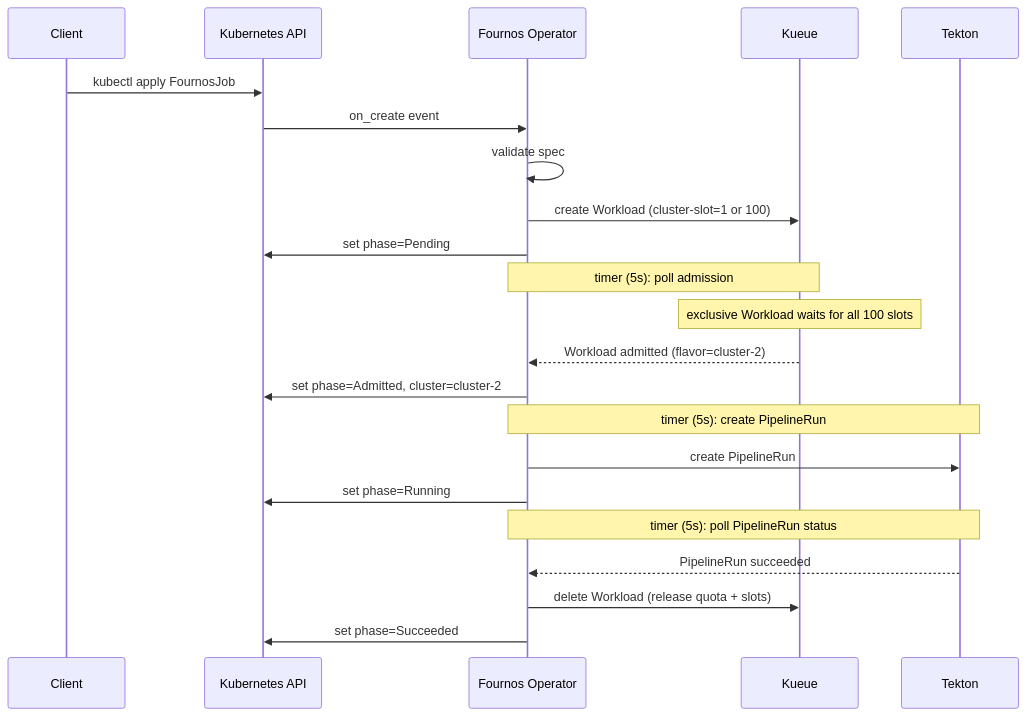
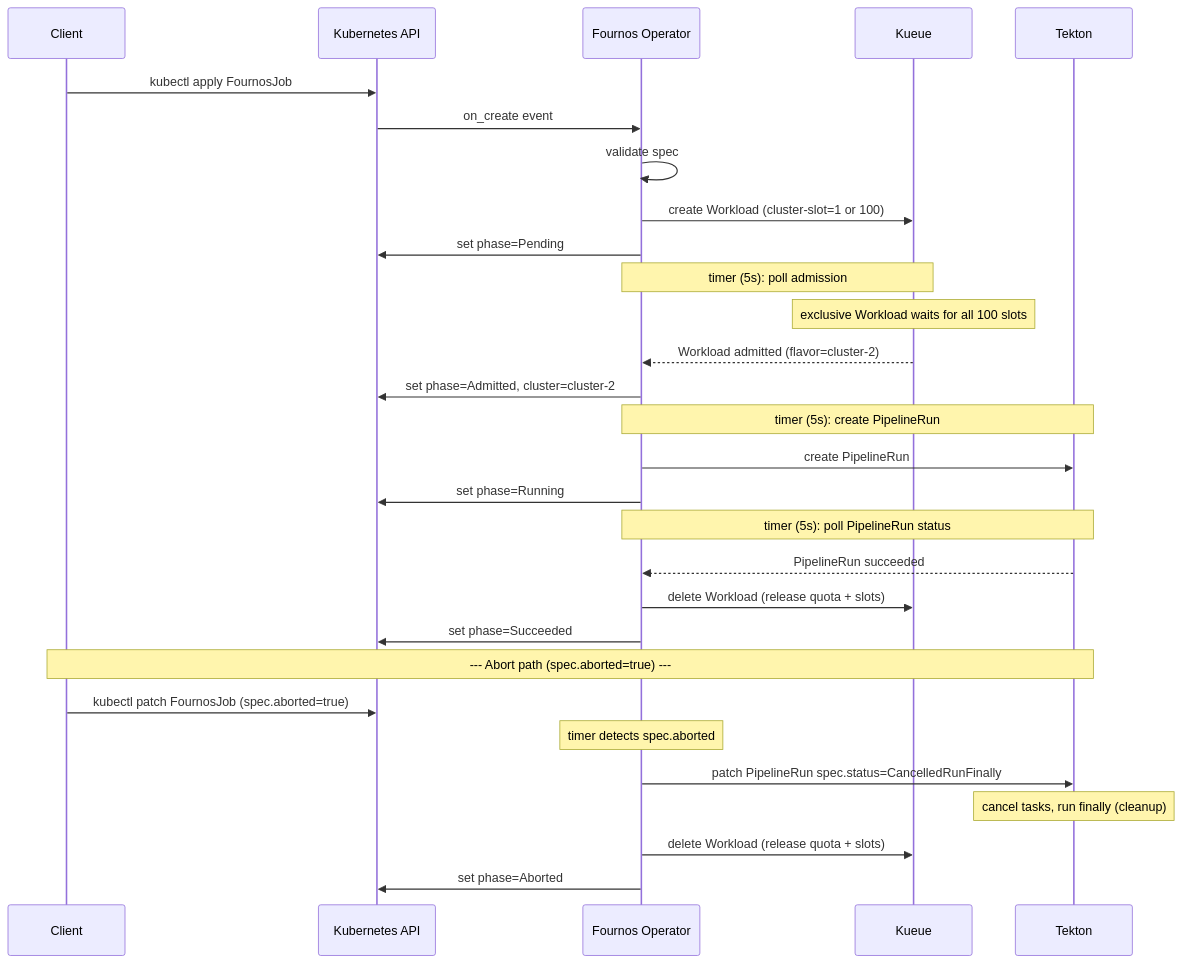
One commit to openshift-psap/fournos changed the second of 2 diagrams in Fournos_Design_Document.md. Above: the diagram before and after it, drawn with Mermaid. The commit also changed other lines of this file and 9 other files, not shown here.

````diff
--- a/Fournos_Design_Document.md
+++ b/Fournos_Design_Document.md
@@ -137,29 +138,37 @@
 ```mermaid
 sequenceDiagram
     participant Client
     participant K8sAPI as Kubernetes API
     participant Operator as Fournos Operator
     participant Kueue
     participant Tekton
 
     Client->>K8sAPI: kubectl apply FournosJob
     K8sAPI->>Operator: on_create event
     Operator->>Operator: validate spec
 
     Operator->>Kueue: create Workload (cluster-slot=1 or 100)
     Operator->>K8sAPI: set phase=Pending
 
     Note over Operator,Kueue: timer (5s): poll admission
     Note over Kueue: exclusive Workload waits for all 100 slots
     Kueue-->>Operator: Workload admitted (flavor=cluster-2)
     Operator->>K8sAPI: set phase=Admitted, cluster=cluster-2
 
     Note over Operator,Tekton: timer (5s): create PipelineRun
     Operator->>Tekton: create PipelineRun
     Operator->>K8sAPI: set phase=Running
 
     Note over Operator,Tekton: timer (5s): poll PipelineRun status
     Tekton-->>Operator: PipelineRun succeeded
     Operator->>Kueue: delete Workload (release quota + slots)
     Operator->>K8sAPI: set phase=Succeeded
+
+    Note over Client,Tekton: --- Abort path (spec.aborted=true) ---
+    Client->>K8sAPI: kubectl patch FournosJob (spec.aborted=true)
+    Note over Operator: timer detects spec.aborted
+    Operator->>Tekton: patch PipelineRun spec.status=CancelledRunFinally
+    Note over Tekton: cancel tasks, run finally (cleanup)
+    Operator->>Kueue: delete Workload (release quota + slots)
+    Operator->>K8sAPI: set phase=Aborted
 ```
````
